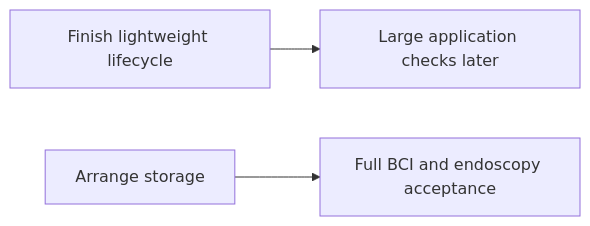
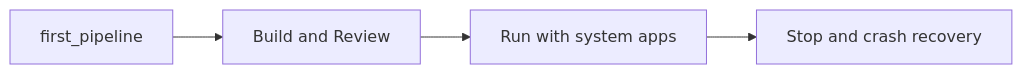
Diagram 14 of 14 in libs/workload-holoscan/docs/111626-holoscan-stack-log.md (Cutuy/doramcap), drawn with Mermaid before and after one commit. The commit also changed other lines of this file, not shown here.

Commit message:
Align acceptance log with the lightweight project choice

````diff
--- a/libs/workload-holoscan/docs/111626-holoscan-stack-log.md
+++ b/libs/workload-holoscan/docs/111626-holoscan-stack-log.md
@@ -388,5 +389,6 @@
 ```mermaid
 flowchart LR
-  A[Finish lightweight lifecycle] --> L[Large application checks later]
-  B[Arrange storage] --> F[Full BCI and endoscopy acceptance]
+  F[first_pipeline] --> B[Build and Review]
+  B --> R[Run with system apps]
+  R --> C[Stop and crash recovery]
 ```
````
